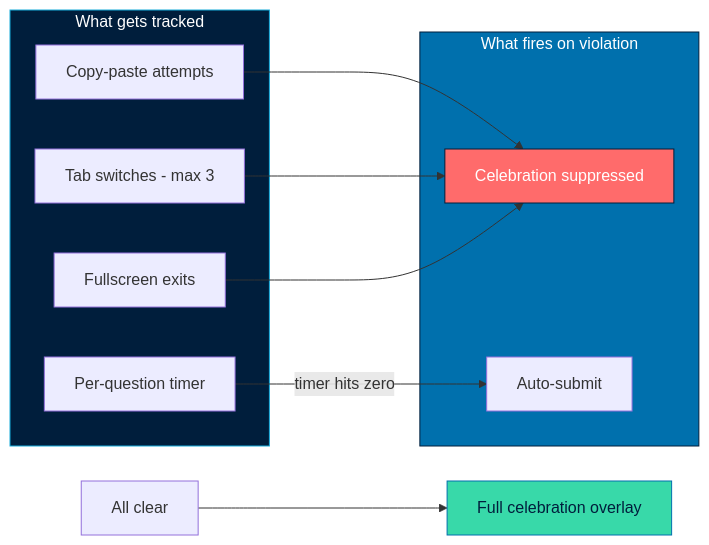
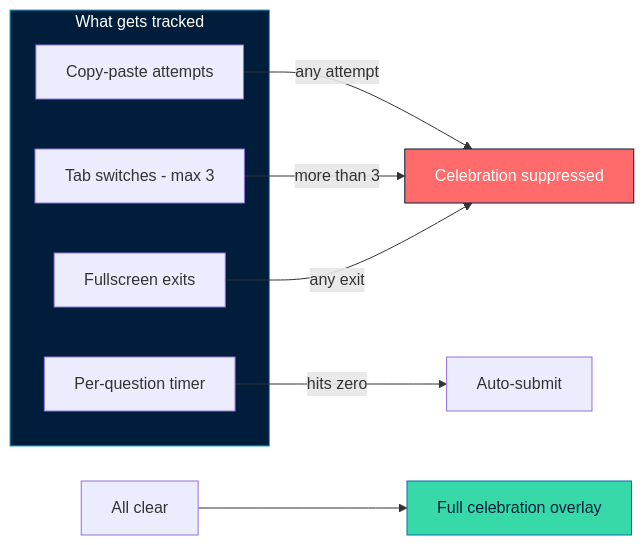
Before and after one commit to Monisha-1508/SKILLSYNC_AI: the fourth of 5 diagrams in README.md, drawn with Mermaid. The commit also changed other lines of this file, not shown here.

````diff
--- a/README.md
+++ b/README.md
@@ -614,23 +622,20 @@
 ```mermaid
 graph LR
-    subgraph PROCTOR["What gets tracked"]
+    subgraph TRACK["What gets tracked"]
         CP[Copy-paste attempts]
         TS[Tab switches - max 3]
         FS[Fullscreen exits]
         TM[Per-question timer]
     end
 
-    subgraph OUTCOME["What fires on violation"]
-        CP --> BLOCK[Celebration suppressed]
-        TS --> BLOCK
-        FS --> BLOCK
-        TM -->|timer hits zero| AUTO[Auto-submit]
-    end
+    CP -->|any attempt| BLOCK[Celebration suppressed]
+    TS -->|more than 3| BLOCK
+    FS -->|any exit| BLOCK
+    TM -->|hits zero| AUTO[Auto-submit]
 
     PASS[All clear] --> CELEB[Full celebration overlay]
 
-    style PROCTOR fill:#001E3C,color:#ffffff,stroke:#17ABDA
-    style OUTCOME fill:#0070AD,color:#ffffff,stroke:#001E3C
+    style TRACK fill:#001E3C,color:#ffffff,stroke:#17ABDA
     style CELEB fill:#38D9A9,color:#001E3C,stroke:#0070AD
     style BLOCK fill:#FF6B6B,color:#ffffff,stroke:#001E3C
 ```
````
